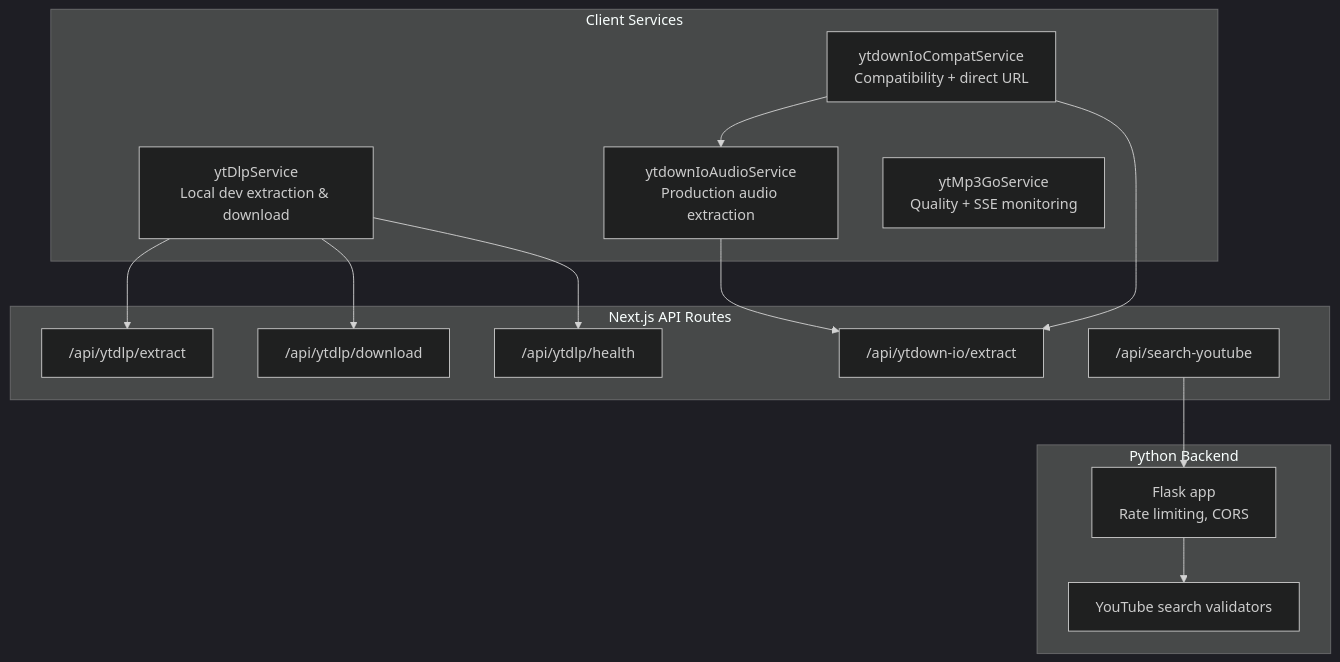
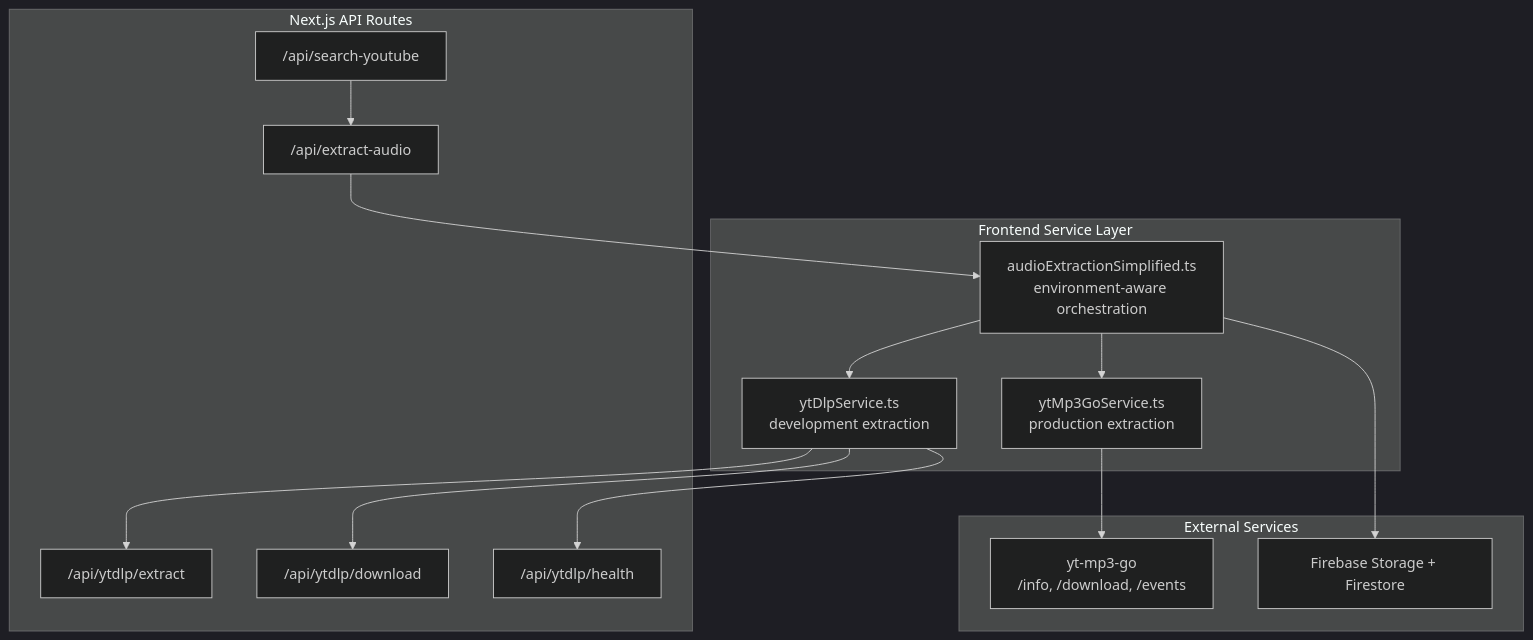
One commit to ptnghia-j/ChordMiniApp changed the first of 2 diagrams in .qoder/repowiki/en/content/Audio Processing and Analysis/YouTube Integration.md. Above: the diagram before and after it, drawn with Mermaid (dark theme). The commit also changed other lines of this file and 18 other files, not shown here.

````diff
--- a/.qoder/repowiki/en/content/Audio Processing and Analysis/YouTube Integration.md
+++ b/.qoder/repowiki/en/content/Audio Processing and Analysis/YouTube Integration.md
@@ -48,28 +26,28 @@
 ```mermaid
 graph TB
-subgraph "Client Services"
-A["ytDlpService<br/>Local dev extraction & download"]
-B["ytdownIoAudioService<br/>Production audio extraction"]
-C["ytdownIoCompatService<br/>Compatibility + direct URL"]
-D["ytMp3GoService<br/>Quality + SSE monitoring"]
+subgraph "Frontend Service Layer"
+AES["audioExtractionSimplified.ts<br/>environment-aware orchestration"]
+MP3["ytMp3GoService.ts<br/>production extraction"]
+DLP["ytDlpService.ts<br/>development extraction"]
 end
 subgraph "Next.js API Routes"
-E["/api/ytdlp/extract"]
-F["/api/ytdlp/download"]
-G["/api/ytdlp/health"]
-H["/api/ytdown-io/extract"]
-I["/api/search-youtube"]
+EXTRACT["/api/extract-audio"]
+YTDLP_INFO["/api/ytdlp/extract"]
+YTDLP_DOWNLOAD["/api/ytdlp/download"]
+YTDLP_HEALTH["/api/ytdlp/health"]
+SEARCH["/api/search-youtube"]
 end
-subgraph "Python Backend"
-J["Flask app<br/>Rate limiting, CORS"]
-K["YouTube search validators"]
+subgraph "External Services"
+REMOTE["yt-mp3-go<br/>/info, /download, /events"]
+FIREBASE["Firebase Storage + Firestore"]
 end
-A --> E
-A --> F
-A --> G
-B --> H
-C --> B
-C --> H
-I --> J
-J --> K
+EXTRACT --> AES
+AES --> MP3
+AES --> DLP
+MP3 --> REMOTE
+DLP --> YTDLP_INFO
+DLP --> YTDLP_DOWNLOAD
+DLP --> YTDLP_HEALTH
+AES --> FIREBASE
+SEARCH --> EXTRACT
 ```
````
